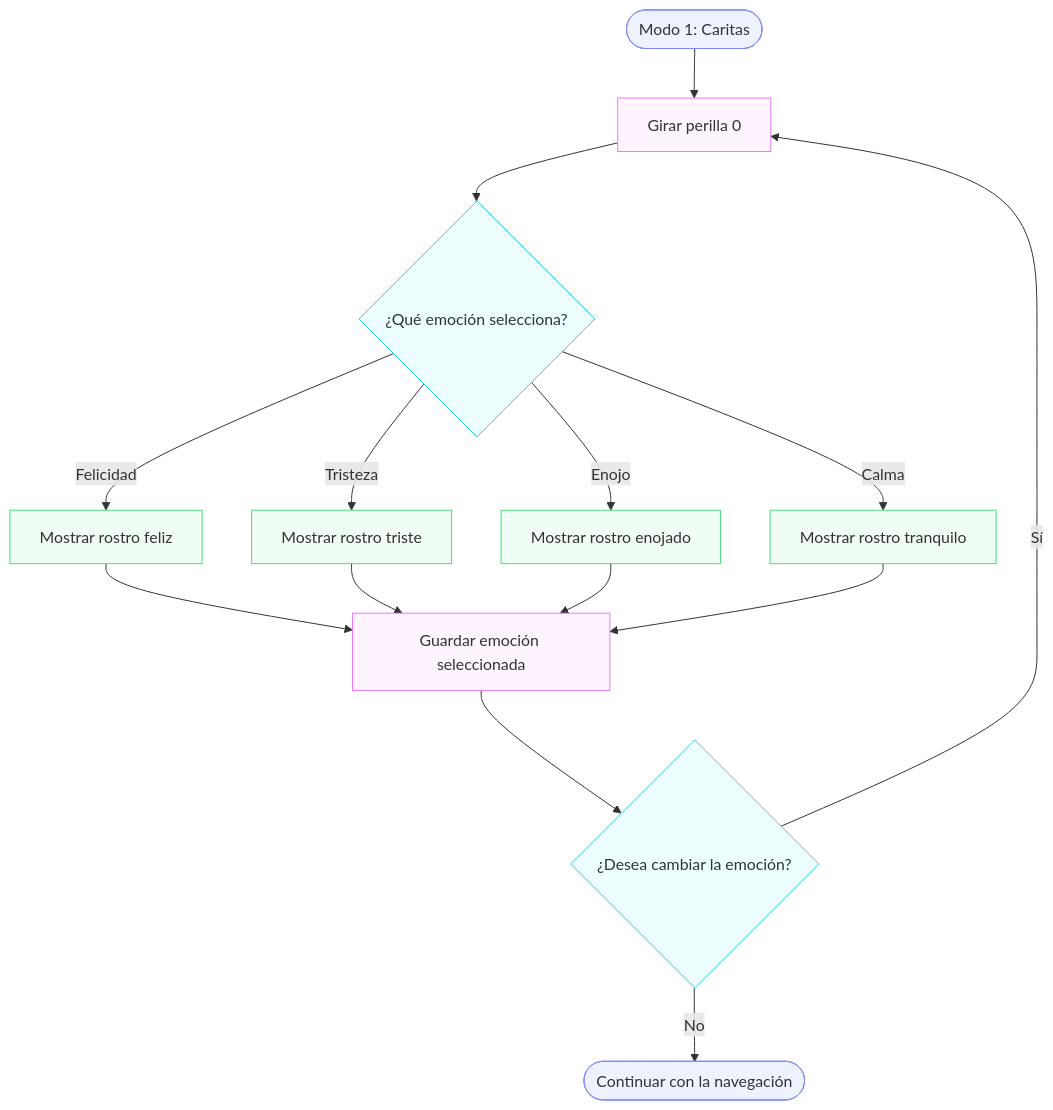
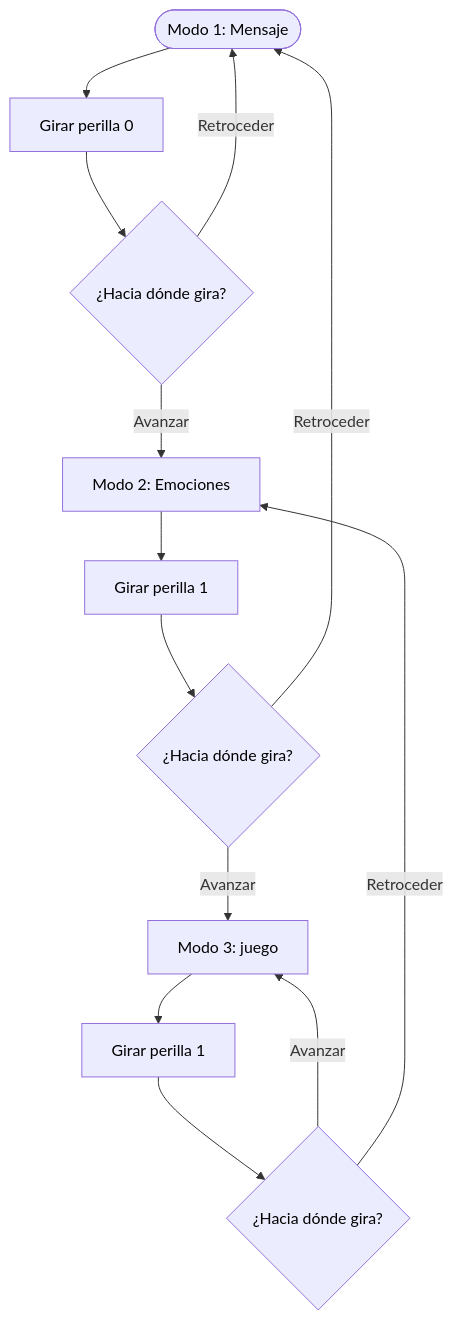
The fifth of 6 diagrams in 00-proyecto-2/grupo-03/README.md (Estrabismx/dis8645-2026-2-procesos-2), drawn with Mermaid before and after one commit. The commit also changed other lines of this file, not shown here.

````diff
--- a/00-proyecto-2/grupo-03/README.md
+++ b/00-proyecto-2/grupo-03/README.md
@@ -241,30 +260,30 @@
 ```mermaid
-flowchart TD
-    A(["Modo 1: Caritas"]) --> B["Girar perilla 0"]
-    B --> C{"¿Qué emoción selecciona?"}
+---
+config:
+ theme: default
+---
+flowchart TB
+   A(["Modo 1: Mensaje"]) --> B["Girar perilla 0"]
+   B --> C{"¿Hacia dónde gira?"}
+   C -- Avanzar --> D["Modo 2: Emociones"]
+   C -- Retroceder --> A
+   D --> E["Girar perilla 1"]
+   E --> F{"¿Hacia dónde gira?"}
+   F -- Avanzar --> G["Modo 3: juego"]
+   F -- Retroceder --> A
+   G --> H["Girar perilla 1"]
+   H --> I{"¿Hacia dónde gira?"}
+   I -- Avanzar --> G
+   I -- Retroceder --> D
 
-    C -->|Felicidad| D["Mostrar rostro feliz"]
-    C -->|Tristeza| E["Mostrar rostro triste"]
-    C -->|Enojo| F["Mostrar rostro enojado"]
-    C -->|Calma| H["Mostrar rostro tranquilo"]
 
-    D --> I["Guardar emoción seleccionada"]
-    E --> I
-    F --> I
-    H --> I
-
-    I --> J{"¿Desea cambiar la emoción?"}
-    J -->|Sí| B
-    J -->|No| K(["Continuar con la navegación"])
-
-    classDef screen fill:#eef2ff,stroke:#818cf8
-    classDef action fill:#fdf4ff,stroke:#e879f9
-    classDef emotion fill:#f0fdf4,stroke:#4ade80
-    classDef decision fill:#ecfeff,stroke:#22d3ee
-
-    class A,K screen
-    class B,I action
-    class D,E,F,H emotion
-    class C,J decision
-
+   style A color:#000000
+   style B color:#000000
+   style C color:#000000
+   style D color:#000000
+   style E color:#000000
+   style F color:#000000
+   style G color:#000000
+   style H color:#000000
+   style I color:#000000
 ```
````
